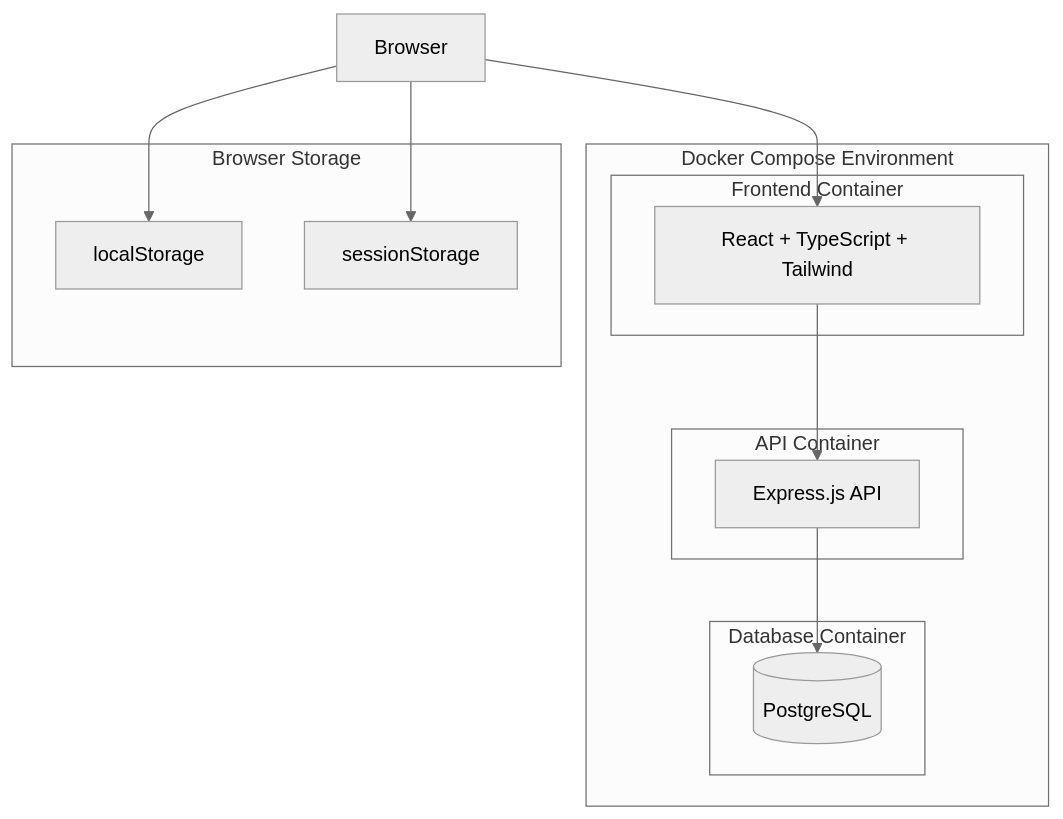
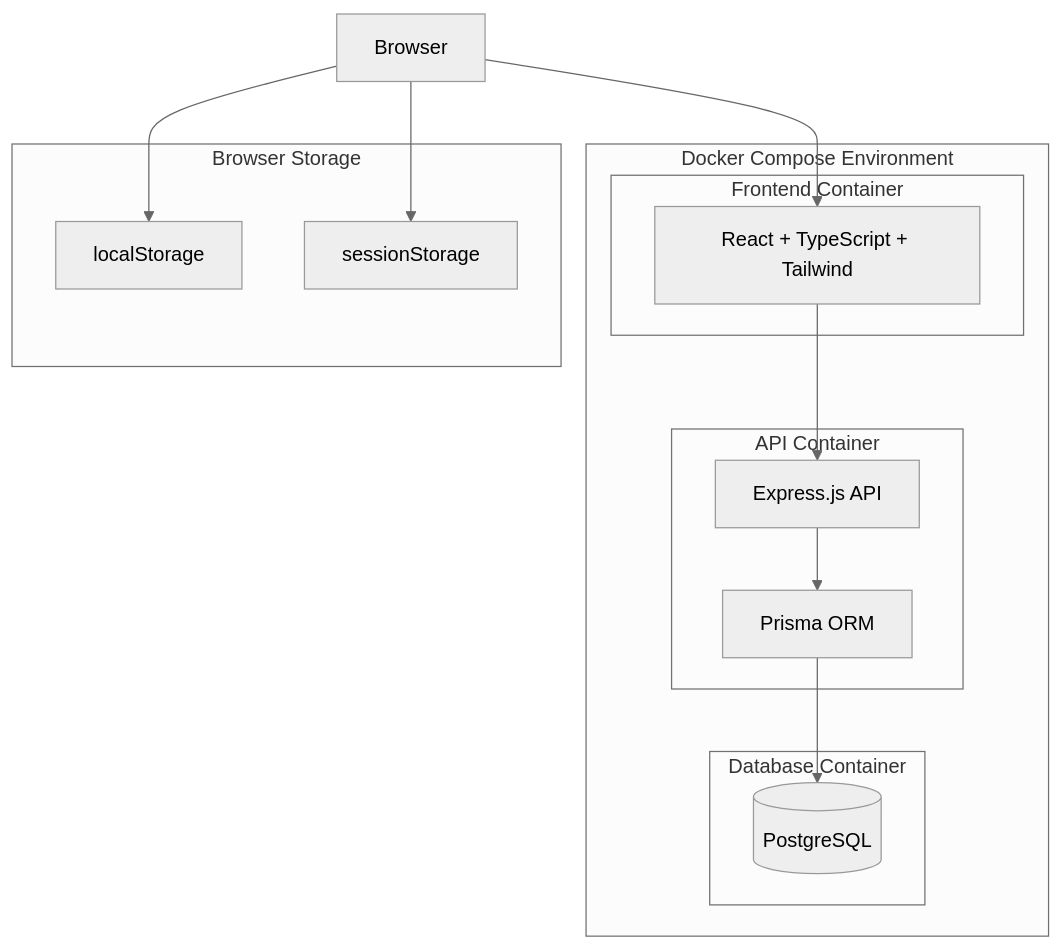
Before and after one commit to kreuzhofer/boardgame-list-manager: the first of 4 diagrams in .kiro/specs/001-board-game-event/design.md, drawn with Mermaid (neutral theme). The commit also changed other lines of this file and 95 other files, not shown here.

````diff
--- a/.kiro/specs/001-board-game-event/design.md
+++ b/.kiro/specs/001-board-game-event/design.md
@@ -11,28 +11,30 @@
 ```mermaid
 graph TB
     subgraph "Docker Compose Environment"
         subgraph "Frontend Container"
             React[React + TypeScript + Tailwind]
         end
         
         subgraph "API Container"
             Express[Express.js API]
+            Prisma[Prisma ORM]
         end
         
         subgraph "Database Container"
             PostgreSQL[(PostgreSQL)]
         end
     end
     
     Browser[Browser] --> React
     React --> Express
-    Express --> PostgreSQL
+    Express --> Prisma
+    Prisma --> PostgreSQL
     
     subgraph "Browser Storage"
         LocalStorage[localStorage]
         SessionStorage[sessionStorage]
     end
     
     Browser --> LocalStorage
     Browser --> SessionStorage
 ```
````
